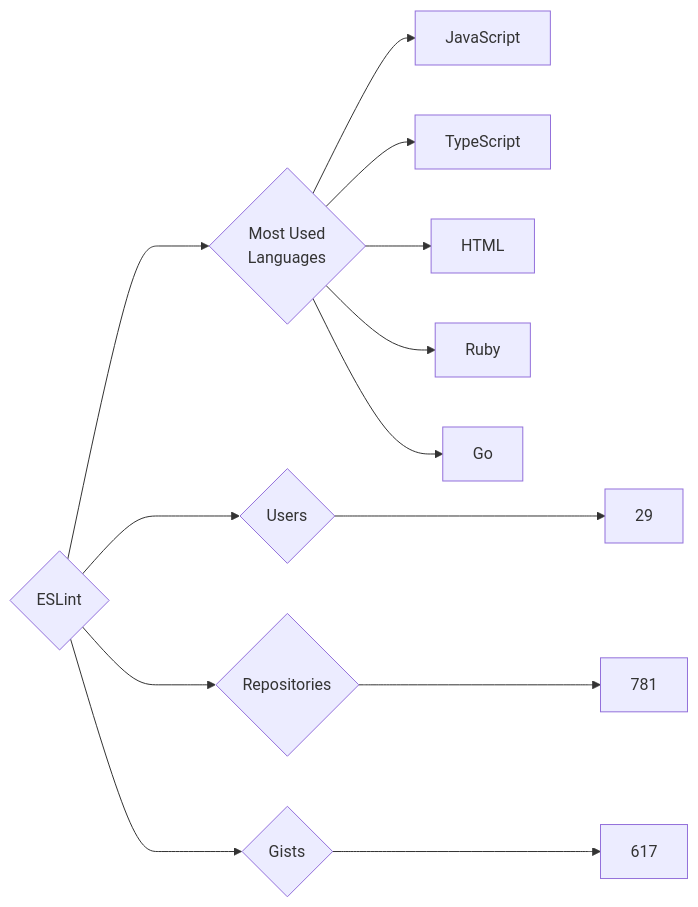
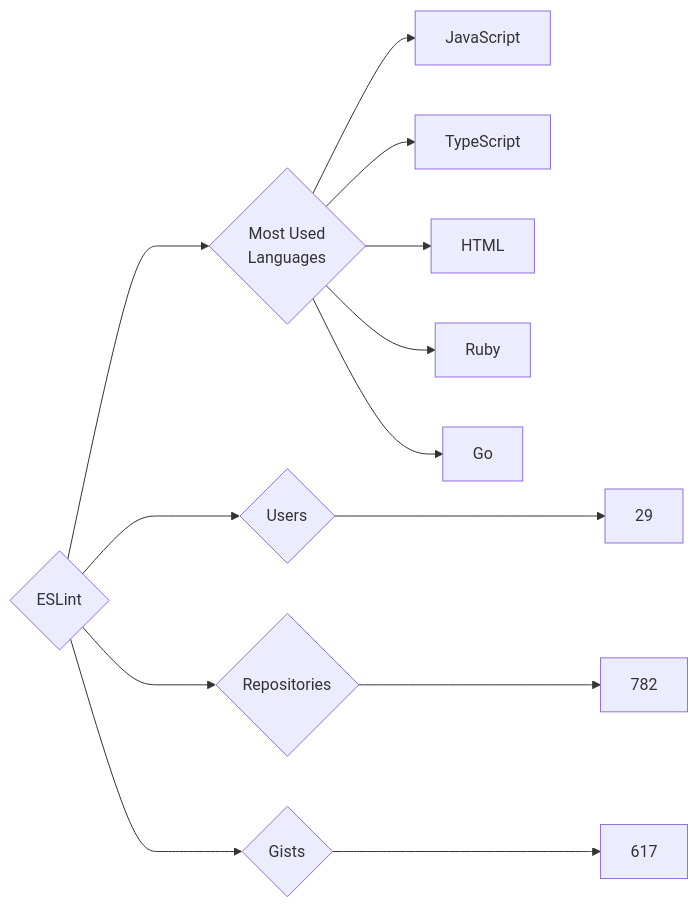
Before and after one commit to trickest/insiders: the diagram in targets/ESLint/README.md, drawn with Mermaid. The commit also changed 934 other files, not shown here.

````diff
--- a/targets/ESLint/README.md
+++ b/targets/ESLint/README.md
@@ -3,13 +3,13 @@
 ```mermaid
 graph LR
 COMPANY_NAME{ESLint}
 COMPANY_NAME ---> U{Users} ---> UN[29]
-COMPANY_NAME ---> R{Repositories} ---> RN[781]
+COMPANY_NAME ---> R{Repositories} ---> RN[782]
 COMPANY_NAME ---> G{Gists} ---> GN[617]
 COMPANY_NAME ---> ML{Most Used<br>Languages}
 ML --> JavaScript[JavaScript]
 ML --> TypeScript[TypeScript]
 ML --> HTML[HTML]
 ML --> Ruby[Ruby]
 ML --> Go[Go]
 ```
````
